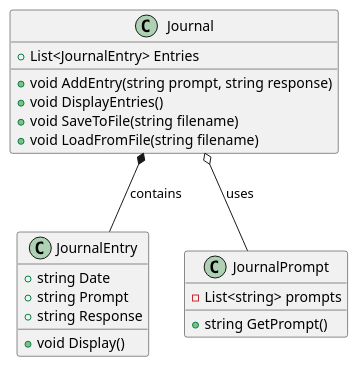
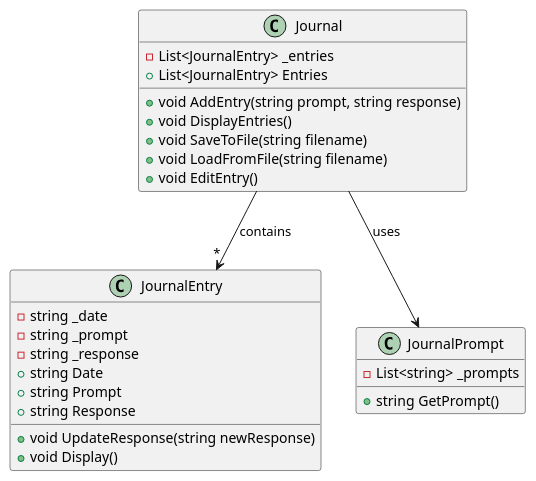
One commit to ols20034/cse210-homework changed the diagram in prove/Develop02/plantuml_Journal.puml. Above: the diagram before and after it, drawn with PlantUML. The commit also changed other lines of this file and 1 other file, not shown here.

Commit message:
added plantuml diagram

```diff
--- a/prove/Develop02/plantuml_Journal.puml
+++ b/prove/Develop02/plantuml_Journal.puml
@@ -1,26 +1,32 @@
-@startuml journal
+@startuml JournalProgram
 
 class Journal {
-    +List<JournalEntry> Entries
-    +void AddEntry(string prompt, string response)
-    +void DisplayEntries()
-    +void SaveToFile(string filename)
-    +void LoadFromFile(string filename)
+    - List<JournalEntry> _entries
+    + List<JournalEntry> Entries
+    + void AddEntry(string prompt, string response)
+    + void DisplayEntries()
+    + void SaveToFile(string filename)
+    + void LoadFromFile(string filename)
+    + void EditEntry()
 }
 
 class JournalEntry {
-    +string Date
-    +string Prompt
-    +string Response
-    +void Display()
+    - string _date
+    - string _prompt
+    - string _response
+    + string Date
+    + string Prompt
+    + string Response
+    + void UpdateResponse(string newResponse)
+    + void Display()
 }
 
 class JournalPrompt {
-    -List<string> prompts
-    +string GetPrompt()
+    - List<string> _prompts
+    + string GetPrompt()
 }
 
-Journal *-- JournalEntry : contains
-Journal o-- JournalPrompt : uses
+Journal --> "*" JournalEntry : contains
+Journal --> JournalPrompt : uses
 
 @enduml
```
